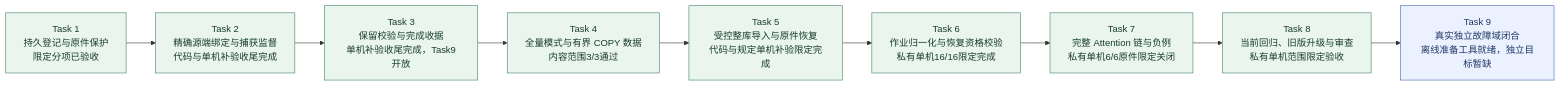
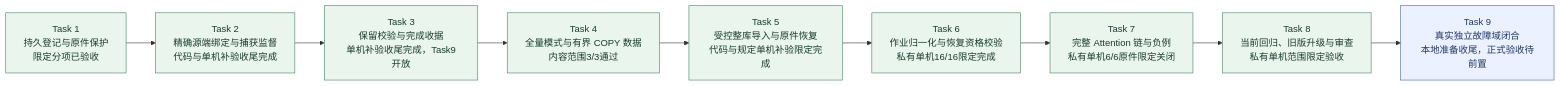
The second of 9 diagrams in docs/KnowWeave实施路线与系统架构.md (MansurnamedZhang/learning-system-p0c4), drawn with Mermaid before and after one commit. The commit also changed other lines of this file and 9 other files, not shown here.

````diff
--- a/docs/KnowWeave实施路线与系统架构.md
+++ b/docs/KnowWeave实施路线与系统架构.md
@@ -80,25 +80,25 @@
 ```mermaid
 flowchart LR
     C4T1["Task 1<br/>持久登记与原件保护<br/>限定分项已验收"]
     C4T2["Task 2<br/>精确源端绑定与捕获监督<br/>代码与单机补验收尾完成"]
     C4T3["Task 3<br/>保留校验与完成收据<br/>单机补验收尾完成，Task9开放"]
     C4T4["Task 4<br/>全量模式与有界 COPY 数据<br/>内容范围3/3通过"]
     C4T5["Task 5<br/>受控整库导入与原件恢复<br/>代码与规定单机补验限定完成"]
     C4T6["Task 6<br/>作业归一化与恢复资格校验<br/>私有单机16/16限定完成"]
     C4T7["Task 7<br/>完整 Attention 链与负例<br/>私有单机6/6原件限定关闭"]
     C4T8["Task 8<br/>当前回归、旧版升级与审查<br/>私有单机范围限定验收"]
-    C4T9["Task 9<br/>真实独立故障域闭合<br/>离线准备工具就绪，独立目标暂缺"]
+    C4T9["Task 9<br/>真实独立故障域闭合<br/>本地准备收尾，正式验收待前置"]
     C4T1 --> C4T2
     C4T2 --> C4T3
     C4T3 --> C4T4
     C4T4 --> C4T5
     C4T5 --> C4T6
     C4T6 --> C4T7
     C4T7 --> C4T8
     C4T8 --> C4T9
     class C4T1,C4T2,C4T3,C4T4,C4T5,C4T6,C4T7,C4T8 done
     class C4T9 next
     classDef done fill:#eaf5ee,stroke:#438363,color:#173d2b
     classDef next fill:#ebf1ff,stroke:#4365b4,color:#203866
     classDef planned fill:#f2f4f8,stroke:#8591a3,color:#28354b
 ```
````
